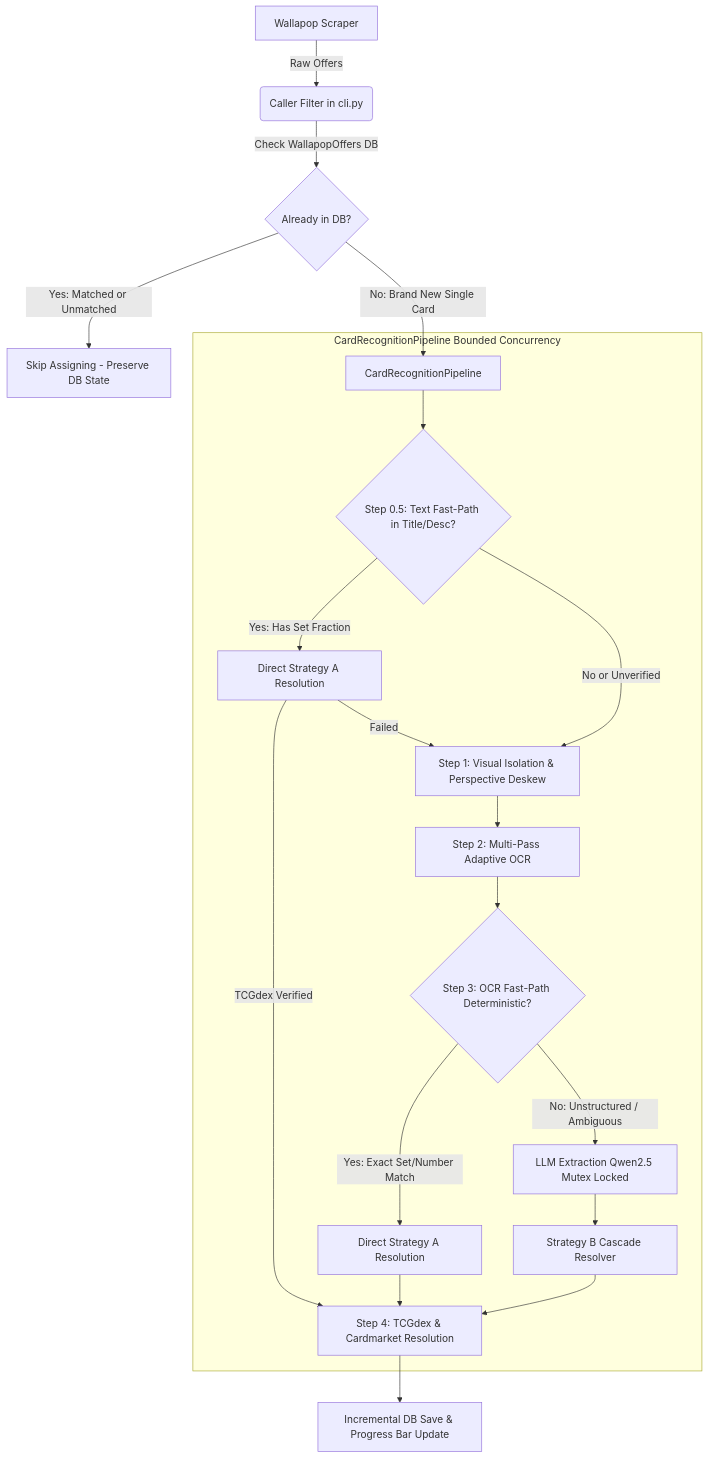
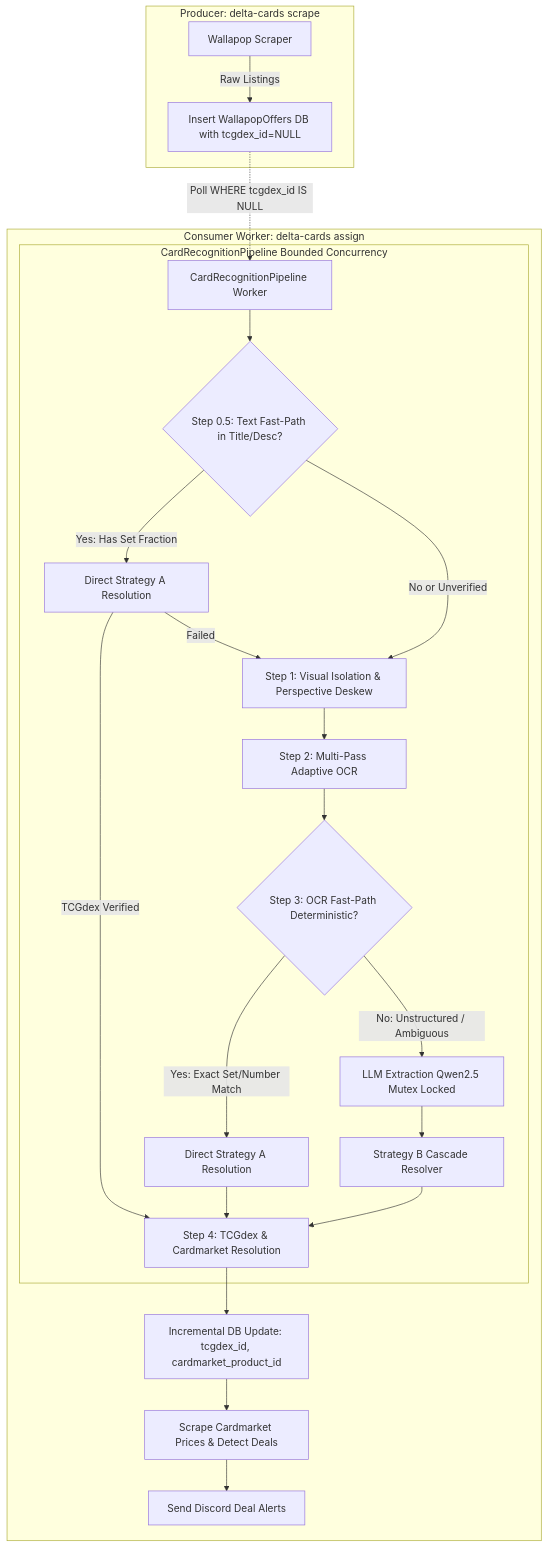
The diagram in docs/pipeline.md (Javier-Jimenez99/delta-cards), drawn with Mermaid before and after one commit. The commit also changed other lines of this file and 7 other files, not shown here.

Commit message:
feat: decouple scraper and persistent assigner CLI commands

````diff
--- a/docs/pipeline.md
+++ b/docs/pipeline.md
@@ -11,24 +17,29 @@
 ```mermaid
 flowchart TD
-    A[Wallapop Scraper] -->|Raw Offers| B(Caller Filter in cli.py)
-    B -->|Check WallapopOffers DB| C{Already in DB?}
-    C -->|Yes: Matched or Unmatched| D[Skip Assigning - Preserve DB State]
-    C -->|No: Brand New Single Card| E[CardRecognitionPipeline]
-
-    subgraph Pipeline [CardRecognitionPipeline Bounded Concurrency]
-        E --> Pre{Step 0.5: Text Fast-Path in Title/Desc?}
-        Pre -->|Yes: Has Set Fraction| FastTcg[Direct Strategy A Resolution]
-        FastTcg -->|TCGdex Verified| L[Step 4: TCGdex & Cardmarket Resolution]
-        Pre -->|No or Unverified| F[Step 1: Visual Isolation & Perspective Deskew]
-        FastTcg -->|Failed| F
-        F --> G[Step 2: Multi-Pass Adaptive OCR]
-        G --> H{Step 3: OCR Fast-Path Deterministic?}
-        H -->|Yes: Exact Set/Number Match| I[Direct Strategy A Resolution]
-        H -->|No: Unstructured / Ambiguous| J[LLM Extraction Qwen2.5 Mutex Locked]
-        J --> K[Strategy B Cascade Resolver]
-        I --> L
-        K --> L
+    subgraph Producer [Producer: delta-cards scrape]
+        A[Wallapop Scraper] -->|Raw Listings| B[Insert WallapopOffers DB with tcgdex_id=NULL]
     end
 
-    L --> M[Incremental DB Save & Progress Bar Update]
+    subgraph Consumer [Consumer Worker: delta-cards assign]
+        B -.->|Poll WHERE tcgdex_id IS NULL| C[CardRecognitionPipeline Worker]
+        
+        subgraph Pipeline [CardRecognitionPipeline Bounded Concurrency]
+            C --> Pre{Step 0.5: Text Fast-Path in Title/Desc?}
+            Pre -->|Yes: Has Set Fraction| FastTcg[Direct Strategy A Resolution]
+            FastTcg -->|TCGdex Verified| L[Step 4: TCGdex & Cardmarket Resolution]
+            Pre -->|No or Unverified| F[Step 1: Visual Isolation & Perspective Deskew]
+            FastTcg -->|Failed| F
+            F --> G[Step 2: Multi-Pass Adaptive OCR]
+            G --> H{Step 3: OCR Fast-Path Deterministic?}
+            H -->|Yes: Exact Set/Number Match| I[Direct Strategy A Resolution]
+            H -->|No: Unstructured / Ambiguous| J[LLM Extraction Qwen2.5 Mutex Locked]
+            J --> K[Strategy B Cascade Resolver]
+            I --> L
+            K --> L
+        end
+
+        L --> M[Incremental DB Update: tcgdex_id, cardmarket_product_id]
+        M --> N[Scrape Cardmarket Prices & Detect Deals]
+        N --> O[Send Discord Deal Alerts]
+    end
 ```
````
